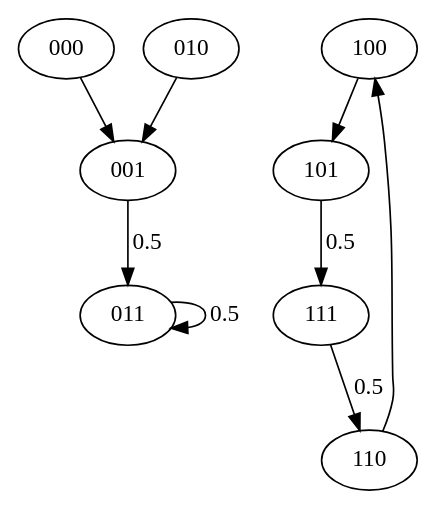
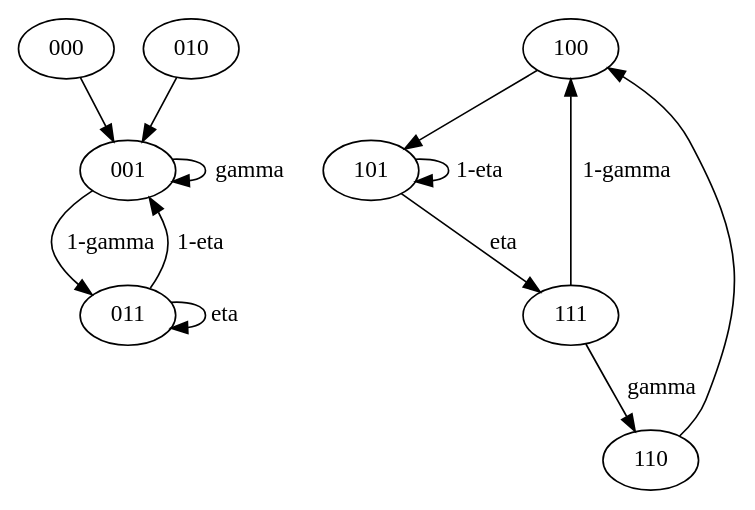
Before and after one commit to binarybana/grn-pathways: the diagram in dtest.dot, drawn with Graphviz. The commit also changed 13 other files, not shown here.

Commit message:
Got StateTransition.hs up and working, outputting full probabilistic state graphs with colored output according to probability mass. Unfortunately it appears to be drifting due to numerical reasons?

```diff
--- a/dtest.dot
+++ b/dtest.dot
@@ -1,14 +1,16 @@
 digraph G {
 000->001
-001->011 [label="0.5"]
-//001->001 [label="0.5"]
+001->011 [label="1-gamma"]
+001->001 [label="gamma"]
+
 010->001
-//011->001 [label="0.5"]
-011->011 [label="0.5"]
+011->001 [label="1-eta"]
+011->011 [label="eta"]
+
 100->101
-//101->101 [label="0.5"]
-101->111 [label="0.5"]
+101->101 [label="1-eta"]
+101->111 [label="eta"]
 110->100
-//111->100 [label="0.5"]
-111->110 [label="0.5"]
+111->100 [label="1-gamma"]
+111->110 [label="gamma"]
 } 
```
